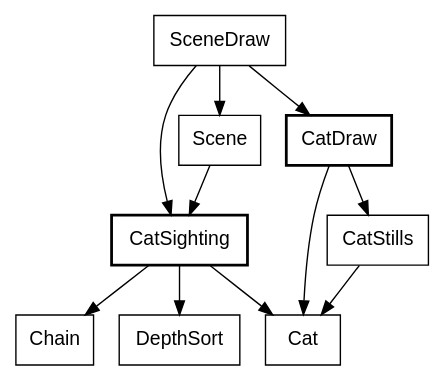
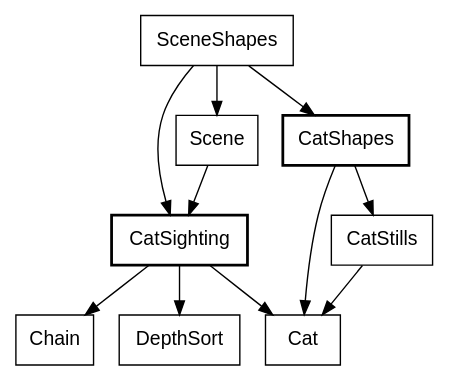
Before and after one commit to showell/roc-apps: diagram 20 of 30 in canvas_apps/safari/tutorial/tutorial.md, drawn with Graphviz. The commit also changed other lines of this file and 19 other files, not shown here.

````diff
--- a/canvas_apps/safari/tutorial/tutorial.md
+++ b/canvas_apps/safari/tutorial/tutorial.md
@@ -1844,17 +1844,17 @@
 ```dot
 digraph screen {
   node [shape=box, fontname="Helvetica"];
   CatSighting [style=bold];
-  CatDraw [style=bold];
-  SceneDraw -> Scene;
-  SceneDraw -> CatDraw;
-  SceneDraw -> CatSighting;
+  CatShapes [style=bold];
+  SceneShapes -> Scene;
+  SceneShapes -> CatShapes;
+  SceneShapes -> CatSighting;
   Scene -> CatSighting;
   CatSighting -> Cat;
   CatSighting -> Chain;
   CatSighting -> DepthSort;
-  CatDraw -> Cat;
-  CatDraw -> CatStills;
+  CatShapes -> Cat;
+  CatShapes -> CatStills;
   CatStills -> Cat;
 }
 ```
````
